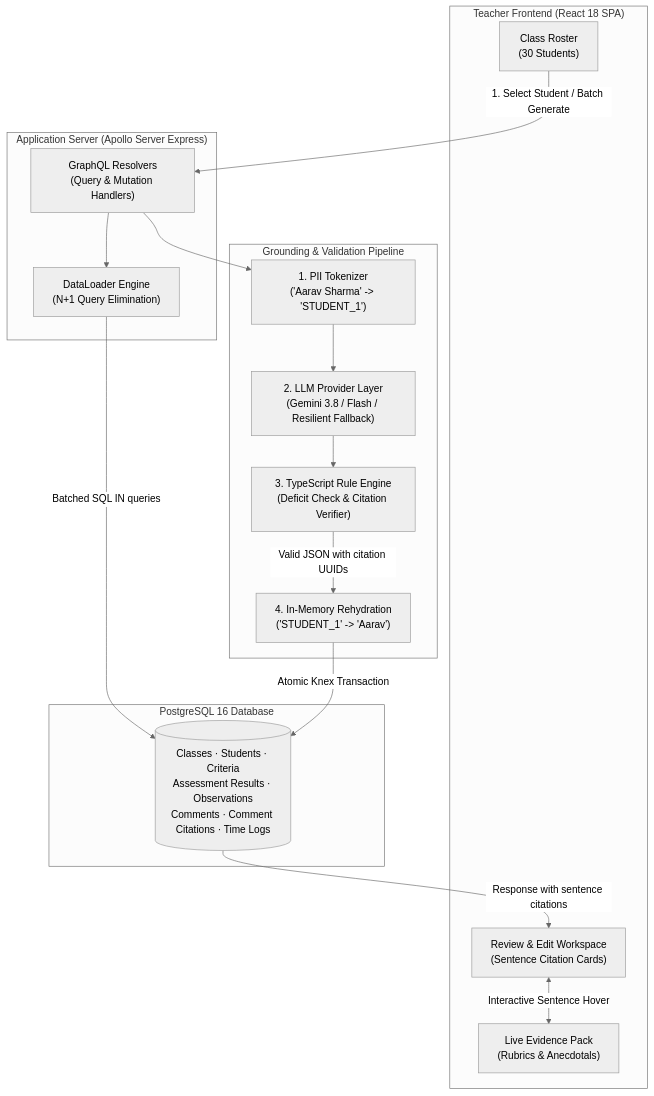
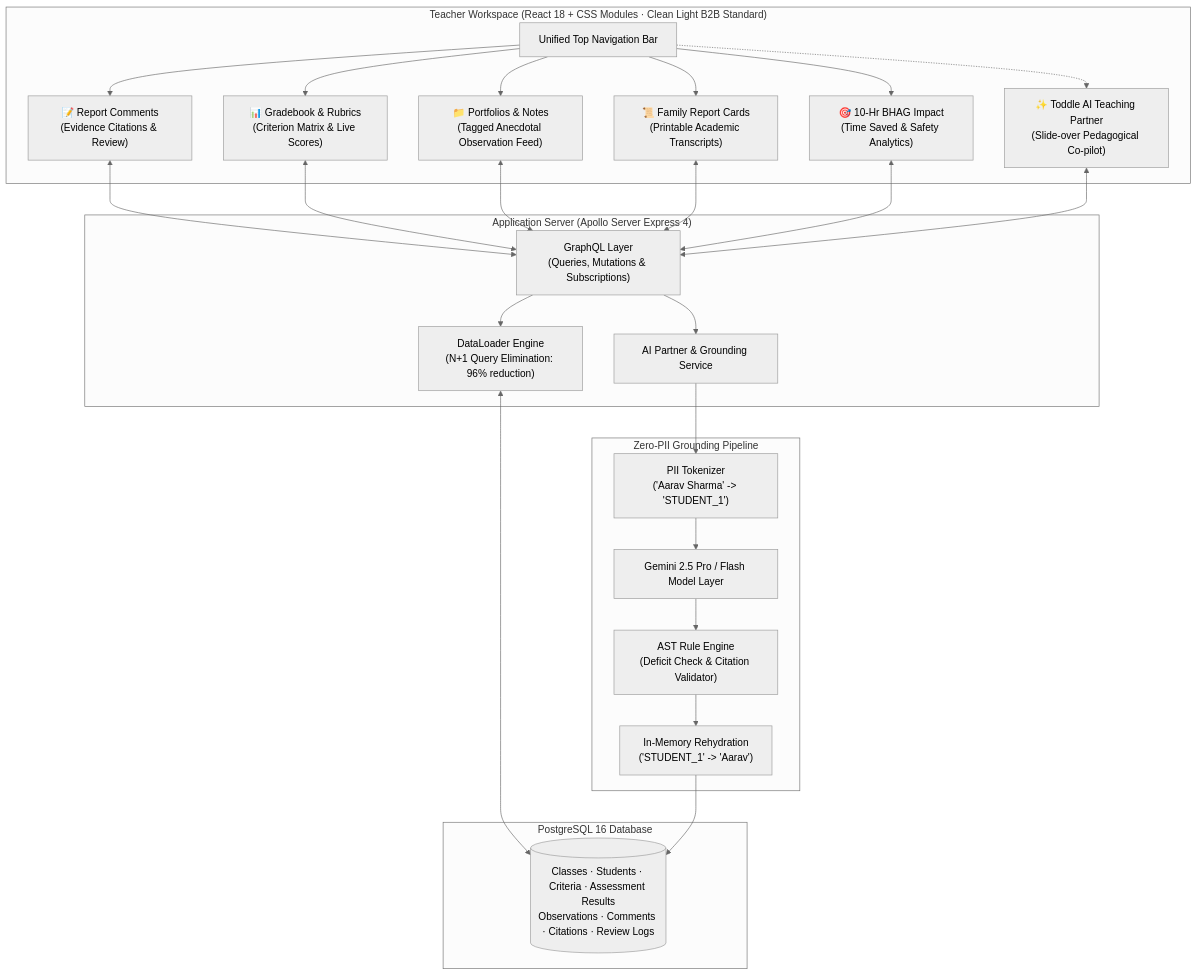
One commit to Mudit-R/hourback changed the diagram in README.md. Above: the diagram before and after it, drawn with Mermaid (neutral theme). The commit also changed other lines of this file and 1 other file, not shown here.

Commit message:
docs: showcase complete end-to-end Toddle teaching platform suite and modules

````diff
--- a/README.md
+++ b/README.md
@@ -40,35 +39,38 @@
 ```mermaid
-flowchart TD
-    subgraph UI ["Teacher Frontend (React 18 SPA)"]
-        Roster["Class Roster\n(30 Students)"]
-        Editor["Review & Edit Workspace\n(Sentence Citation Cards)"]
-        Evidence["Live Evidence Pack\n(Rubrics & Anecdotals)"]
+flowchart TB
+    subgraph UI ["Teacher Workspace (React 18 + CSS Modules · Clean Light B2B Standard)"]
+        Nav["Unified Top Navigation Bar"]
+        M1["📝 Report Comments\n(Evidence Citations & Review)"]
+        M2["📊 Gradebook & Rubrics\n(Criterion Matrix & Live Scores)"]
+        M3["📁 Portfolios & Notes\n(Tagged Anecdotal Observation Feed)"]
+        M4["📜 Family Report Cards\n(Printable Academic Transcripts)"]
+        M5["🎯 10-Hr BHAG Impact\n(Time Saved & Safety Analytics)"]
+        AIAssist["✨ Toddle AI Teaching Partner\n(Slide-over Pedagogical Co-pilot)"]
+        Nav --> M1 & M2 & M3 & M4 & M5
+        Nav -.-> AIAssist
     end
 
-    subgraph API ["Application Server (Apollo Server Express)"]
-        GQL["GraphQL Resolvers\n(Query & Mutation Handlers)"]
-        Loader["DataLoader Engine\n(N+1 Query Elimination)"]
+    subgraph API ["Application Server (Apollo Server Express 4)"]
+        GQL["GraphQL Layer\n(Queries, Mutations & Subscriptions)"]
+        DataLoader["DataLoader Engine\n(N+1 Query Elimination: 96% reduction)"]
+        AIEngine["AI Partner & Grounding Service"]
     end
 
-    subgraph Pipeline ["Grounding & Validation Pipeline"]
-        Token["1. PII Tokenizer\n('Aarav Sharma' -> 'STUDENT_1')"]
-        LLM["2. LLM Provider Layer\n(Gemini 3.8 / Flash / Resilient Fallback)"]
-        Validator["3. TypeScript Rule Engine\n(Deficit Check & Citation Verifier)"]
-        Hydrate["4. In-Memory Rehydration\n('STUDENT_1' -> 'Aarav')"]
+    subgraph PrivacyPipeline ["Zero-PII Grounding Pipeline"]
+        PIIToken["PII Tokenizer\n('Aarav Sharma' -> 'STUDENT_1')"]
+        LLM["Gemini 2.5 Pro / Flash Model Layer"]
+        Guard["AST Rule Engine\n(Deficit Check & Citation Validator)"]
+        Hydrate["In-Memory Rehydration\n('STUDENT_1' -> 'Aarav')"]
     end
 
-    subgraph DB ["PostgreSQL 16 Database"]
-        Tables[("Classes · Students · Criteria\nAssessment Results · Observations\nComments · Comment Citations · Time Logs")]
+    subgraph Database ["PostgreSQL 16 Database"]
+        Tables[("Classes · Students · Criteria · Assessment Results\nObservations · Comments · Citations · Review Logs")]
     end
 
-    Roster -->|1. Select Student / Batch Generate| GQL
-    GQL --> Loader
-    Loader -->|Batched SQL IN queries| Tables
-    GQL --> Token
-    Token --> LLM
-    LLM --> Validator
-    Validator -->|Valid JSON with citation UUIDs| Hydrate
-    Hydrate -->|Atomic Knex Transaction| Tables
-    Tables -->|Response with sentence citations| Editor
-    Editor <-->|Interactive Sentence Hover| Evidence
+    M1 & M2 & M3 & M4 & M5 <--> GQL
+    AIAssist <--> GQL
+    GQL --> DataLoader
+    DataLoader <--> Tables
+    GQL --> AIEngine
+    AIEngine --> PIIToken --> LLM --> Guard --> Hydrate --> Tables
 ```
````
